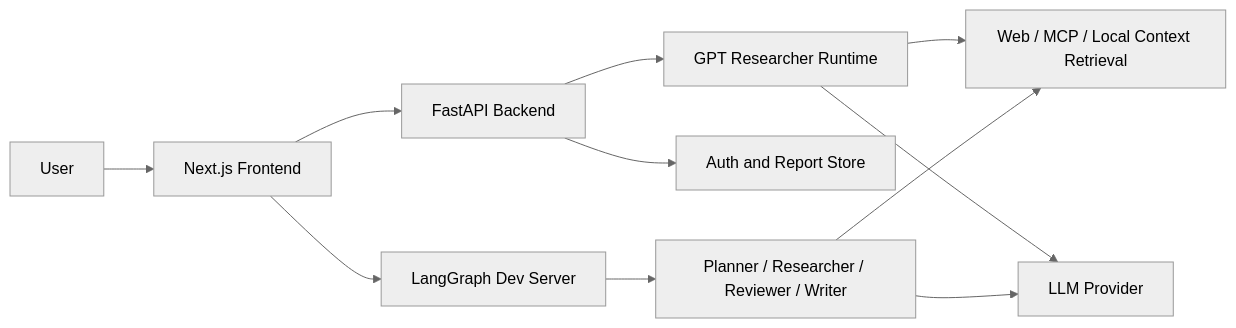
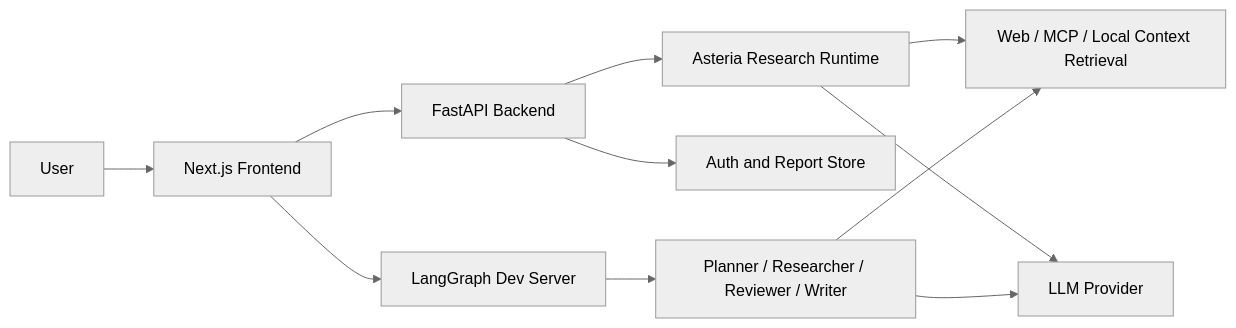
The diagram in README.md (blurryface13/asteria-agent), drawn with Mermaid (neutral theme) before and after one commit. The commit also changed other lines of this file and 471 other files, not shown here.

````diff
--- a/README.md
+++ b/README.md
@@ -37,13 +37,13 @@
 ```mermaid
 flowchart LR
     User["User"] --> UI["Next.js Frontend"]
     UI --> API["FastAPI Backend"]
-    API --> Researcher["GPT Researcher Runtime"]
+    API --> Researcher["Asteria Research Runtime"]
     API --> Auth["Auth and Report Store"]
     Researcher --> Search["Web / MCP / Local Context Retrieval"]
     Researcher --> LLM["LLM Provider"]
     UI --> Graph["LangGraph Dev Server"]
     Graph --> Agents["Planner / Researcher / Reviewer / Writer"]
     Agents --> Search
     Agents --> LLM
 ```
````
